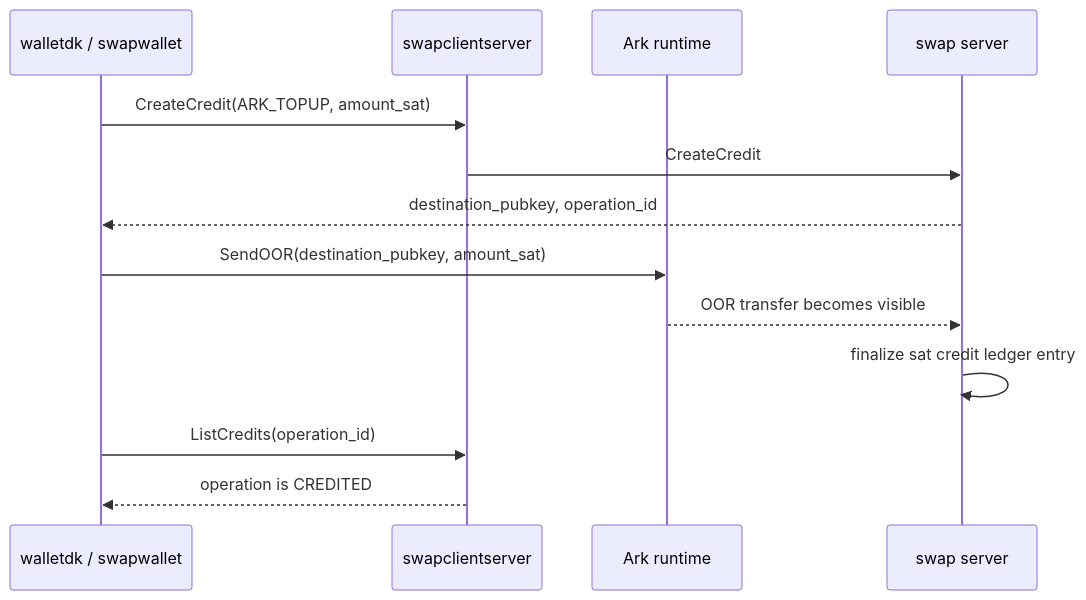
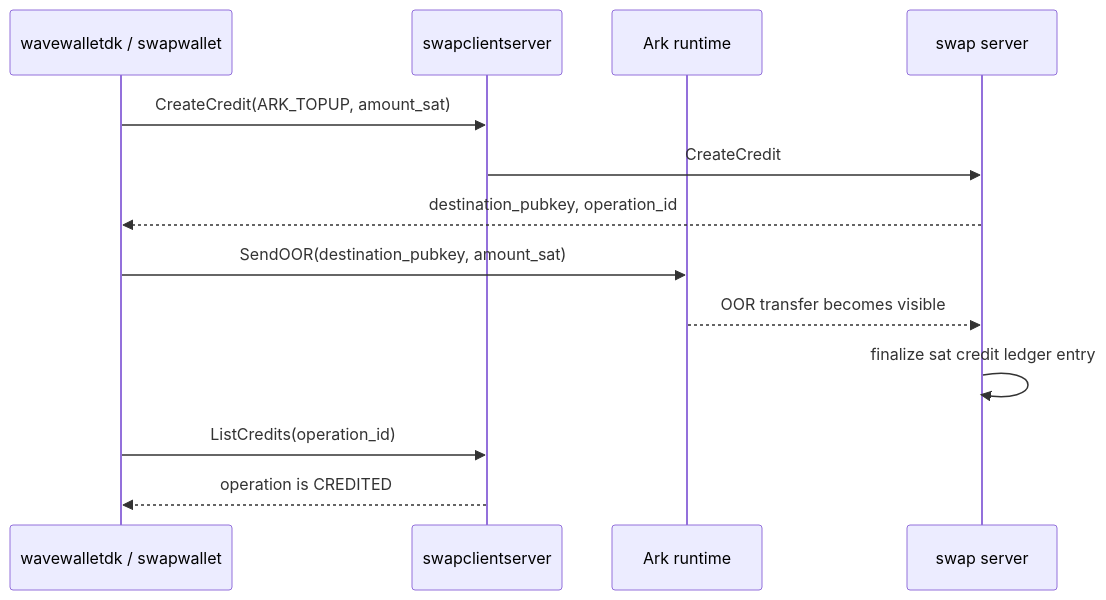
Before and after one commit to lightninglabs/wavelength: the sixth of 7 diagrams in docs/credit_system.md, drawn with Mermaid. The commit also changed other lines of this file and 132 other files, not shown here.

````diff
--- a/docs/credit_system.md
+++ b/docs/credit_system.md
@@ -211,16 +211,16 @@
 ```mermaid
 sequenceDiagram
-    participant Wallet as walletdk / swapwallet
+    participant Wallet as wavewalletdk / swapwallet
     participant Swap as swapclientserver
     participant Daemon as Ark runtime
     participant Server as swap server
 
     Wallet->>Swap: CreateCredit(ARK_TOPUP, amount_sat)
     Swap->>Server: CreateCredit
     Server-->>Wallet: destination_pubkey, operation_id
     Wallet->>Daemon: SendOOR(destination_pubkey, amount_sat)
     Daemon-->>Server: OOR transfer becomes visible
     Server->>Server: finalize sat credit ledger entry
     Wallet->>Swap: ListCredits(operation_id)
     Swap-->>Wallet: operation is CREDITED
 ```
````
